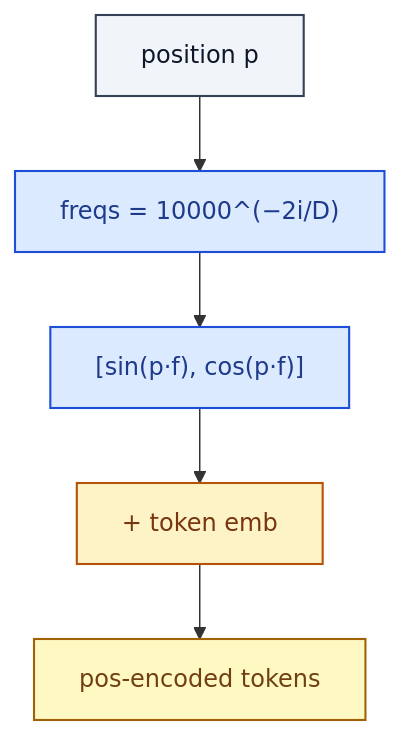
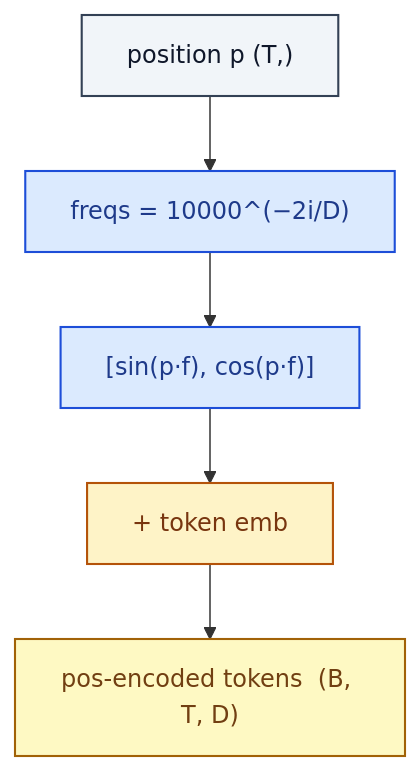
Before and after one commit to RealityShifts/Srivastava-book-of-Blocks-diagrams: the diagram in embedding/SinusoidalPositionalEmbedding.md, drawn with Mermaid. The commit also changed 123 other files, not shown here.

````diff
--- a/embedding/SinusoidalPositionalEmbedding.md
+++ b/embedding/SinusoidalPositionalEmbedding.md
@@ -7,21 +7,22 @@
 ```mermaid
 flowchart TD
-    n0_0["position p"]:::io
+    n0_0["position p  (T,)"]:::io
     n1_0["freqs = 10000^(−2i/D)"]:::op
     n2_0["[sin(p·f),  cos(p·f)]"]:::op
     n3_0["+ token emb"]:::merge
-    n4_0["pos-encoded tokens"]:::emb
+    n4_0["pos-encoded tokens  (B, T, D)"]:::emb
     n0_0 --> n1_0
     n1_0 --> n2_0
     n2_0 --> n3_0
     n3_0 --> n4_0
     classDef io fill:#f1f5f9,stroke:#334155,stroke-width:1.4px,color:#0f172a
     classDef op fill:#dbeafe,stroke:#1d4ed8,stroke-width:1.4px,color:#1e3a8a
     classDef norm fill:#dcfce7,stroke:#15803d,stroke-width:1.4px,color:#14532d
     classDef act fill:#ffedd5,stroke:#c2410c,stroke-width:1.4px,color:#7c2d12
     classDef attn fill:#ede9fe,stroke:#6d28d9,stroke-width:1.4px,color:#4c1d95
     classDef merge fill:#fef3c7,stroke:#b45309,stroke-width:1.4px,color:#78350f
     classDef emb fill:#fef9c3,stroke:#a16207,stroke-width:1.4px,color:#713f12
     classDef loss fill:#fee2e2,stroke:#b91c1c,stroke-width:1.4px,color:#7f1d1d
     classDef ctrl fill:#f5f5f4,stroke:#52525b,stroke-width:1.4px,color:#27272a
+    classDef ref fill:#e0f2fe,stroke:#0369a1,stroke-width:2px,color:#0c4a6e,stroke-dasharray: 4 2
 ```
````
